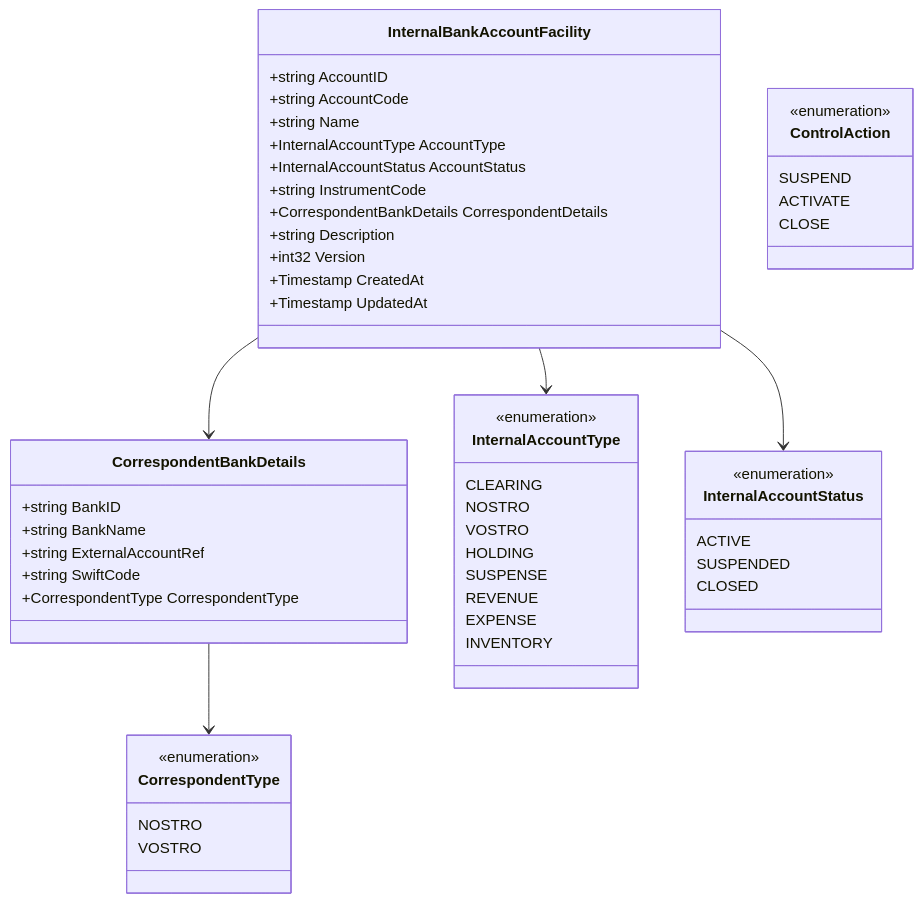
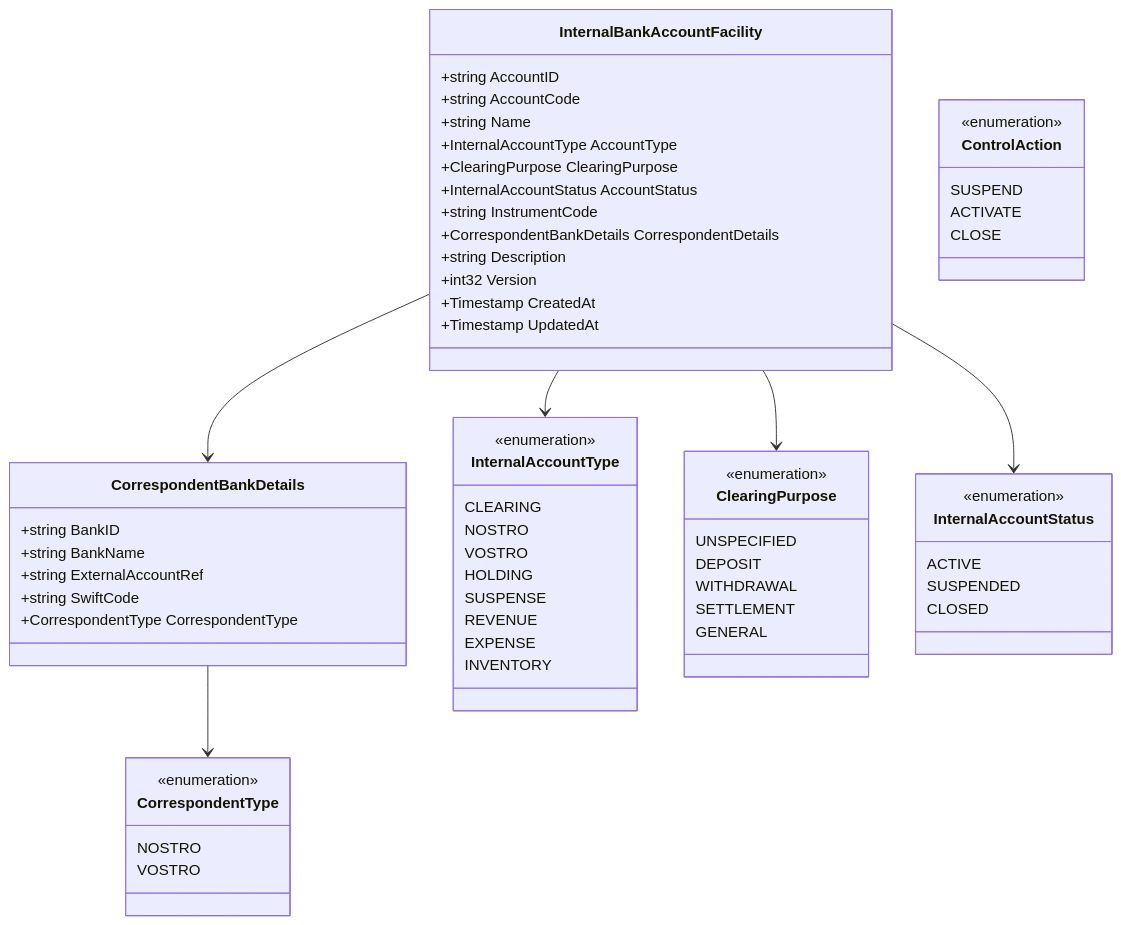
One commit to meridianhub/meridian changed the first of 6 diagrams in services/internal-bank-account/README.md. Above: the diagram before and after it, drawn with Mermaid. The commit also changed other lines of this file and 4 other files, not shown here.

First line of the commit message:
docs(internal-bank-account): document ClearingPurpose feature

````diff
--- a/services/internal-bank-account/README.md
+++ b/services/internal-bank-account/README.md
@@ -130,61 +130,72 @@
 ```mermaid
 classDiagram
     class InternalBankAccountFacility {
         +string AccountID
         +string AccountCode
         +string Name
         +InternalAccountType AccountType
+        +ClearingPurpose ClearingPurpose
         +InternalAccountStatus AccountStatus
         +string InstrumentCode
         +CorrespondentBankDetails CorrespondentDetails
         +string Description
         +int32 Version
         +Timestamp CreatedAt
         +Timestamp UpdatedAt
     }
 
     class CorrespondentBankDetails {
         +string BankID
         +string BankName
         +string ExternalAccountRef
         +string SwiftCode
         +CorrespondentType CorrespondentType
     }
 
     class InternalAccountType {
         <<enumeration>>
         CLEARING
         NOSTRO
         VOSTRO
         HOLDING
         SUSPENSE
         REVENUE
         EXPENSE
         INVENTORY
     }
 
+    class ClearingPurpose {
+        <<enumeration>>
+        UNSPECIFIED
+        DEPOSIT
+        WITHDRAWAL
+        SETTLEMENT
+        GENERAL
+    }
+
     class InternalAccountStatus {
         <<enumeration>>
         ACTIVE
         SUSPENDED
         CLOSED
     }
 
     class ControlAction {
         <<enumeration>>
         SUSPEND
         ACTIVATE
         CLOSE
     }
 
     class CorrespondentType {
         <<enumeration>>
         NOSTRO
         VOSTRO
     }
 
     InternalBankAccountFacility --> InternalAccountType
+    InternalBankAccountFacility --> ClearingPurpose
     InternalBankAccountFacility --> InternalAccountStatus
     InternalBankAccountFacility --> CorrespondentBankDetails
     CorrespondentBankDetails --> CorrespondentType
 ```
````
